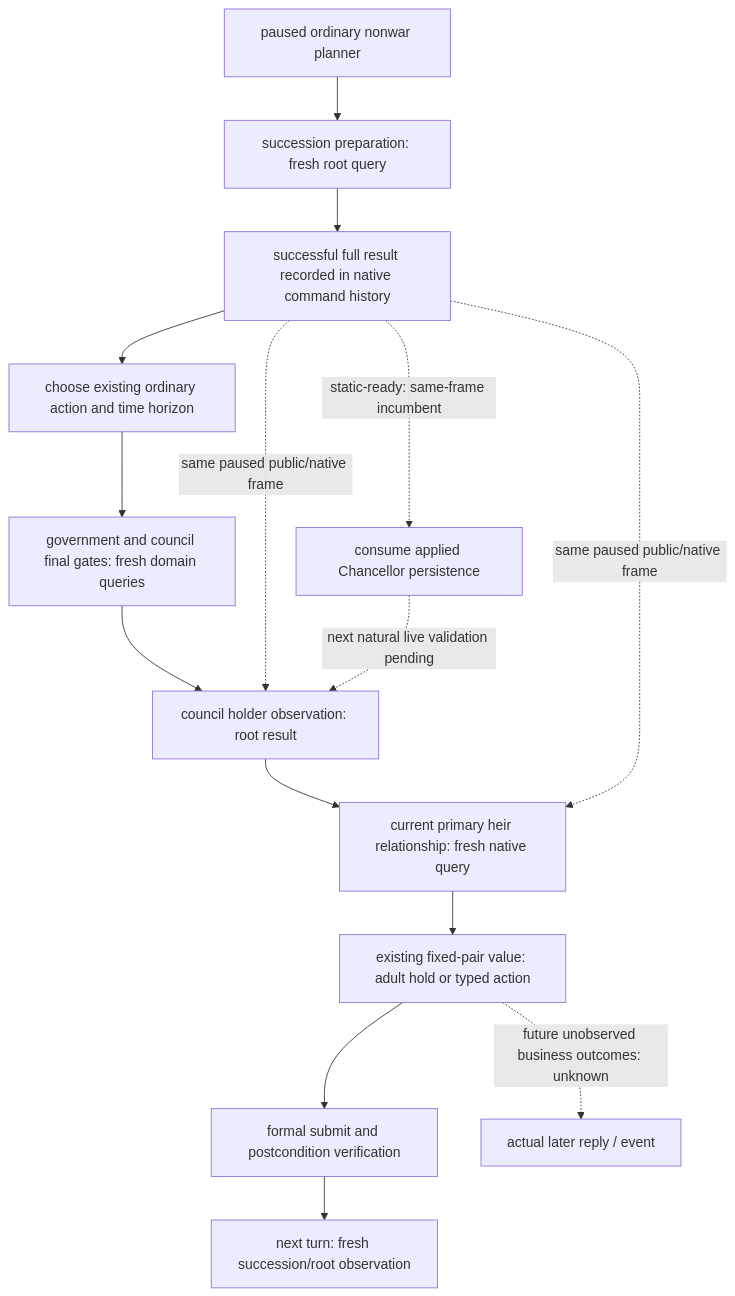
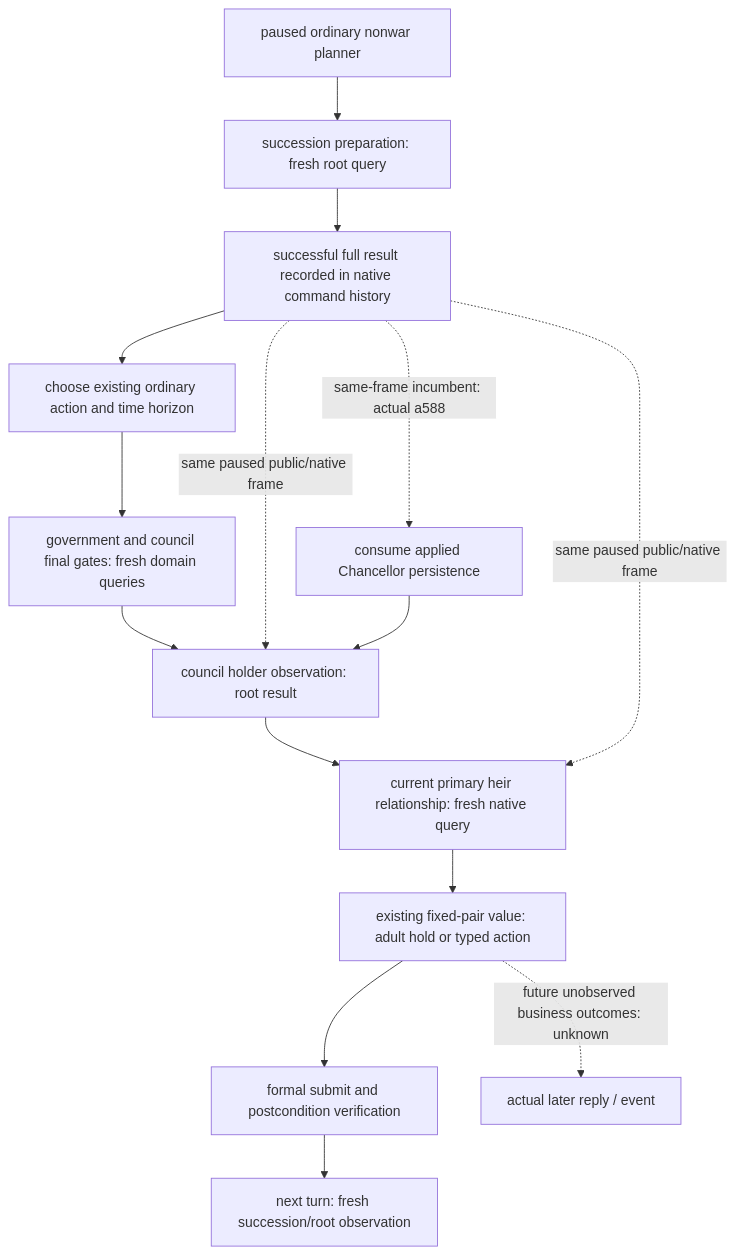
One commit to XenoAmess/ck3_eternal_recurrence changed the diagram in docs/ck3-native-ai/robert-nonwar-planning-root-reuse.md. Above: the diagram before and after it, drawn with Mermaid. The commit also changed other lines of this file and 5 other files, not shown here.

````diff
--- a/docs/ck3-native-ai/robert-nonwar-planning-root-reuse.md
+++ b/docs/ck3-native-ai/robert-nonwar-planning-root-reuse.md
@@ -19,17 +19,17 @@
 ```mermaid
 flowchart TD
   A[paused ordinary nonwar planner] --> B[succession preparation: fresh root query]
   B --> C[successful full result recorded in native command history]
   C --> D[choose existing ordinary action and time horizon]
   D --> E[government and council final gates: fresh domain queries]
   E --> F[council holder observation: root result]
   F --> G[current primary heir relationship: fresh native query]
   G --> H[existing fixed-pair value: adult hold or typed action]
   H --> I[formal submit and postcondition verification]
   I --> J[next turn: fresh succession/root observation]
   C -. same paused public/native frame .-> F
   C -. same paused public/native frame .-> G
-  C -. static-ready: same-frame incumbent .-> K[consume applied Chancellor persistence]
-  K -. next natural live validation pending .-> F
+  C -. same-frame incumbent: actual a588 .-> K[consume applied Chancellor persistence]
+  K --> F
   H -. future unobserved business outcomes: unknown .-> U[actual later reply / event]
 ```
````
